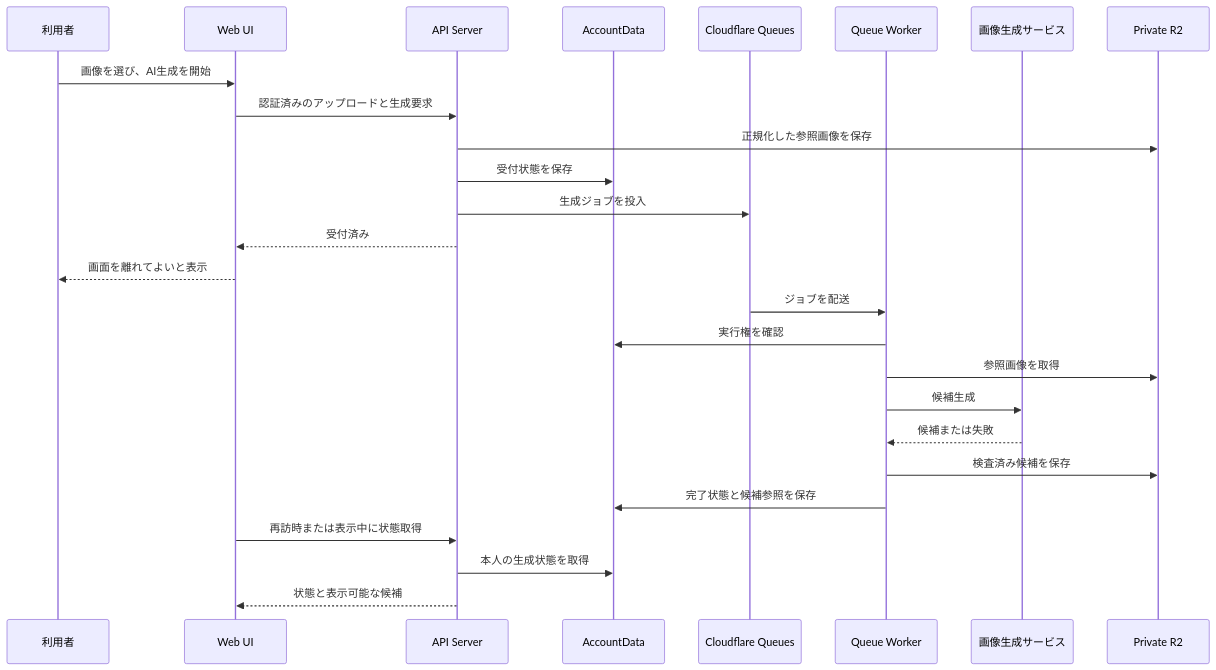
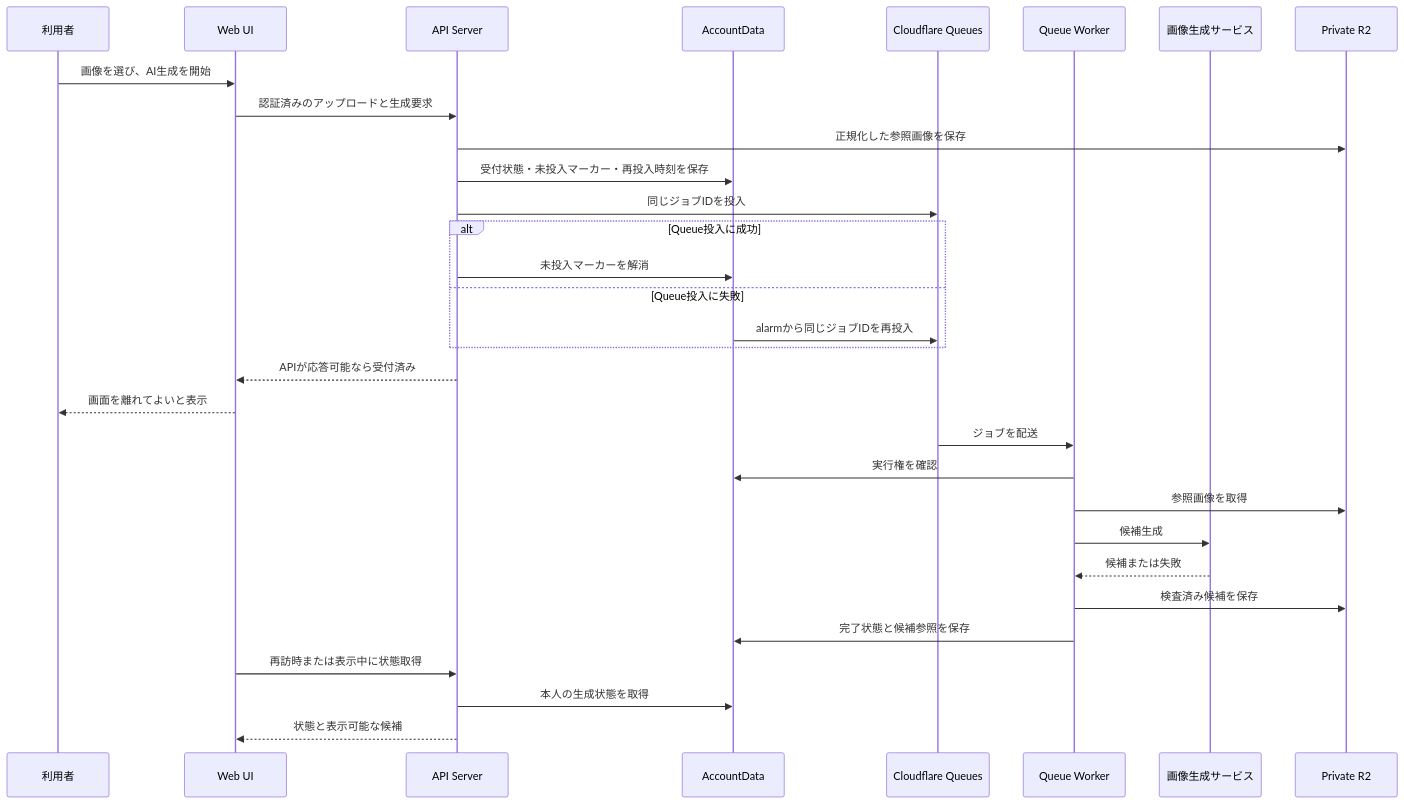
The second of 4 diagrams in docs/product/avatar-experience.md (kkyosuke/me-builder), drawn with Mermaid before and after one commit. The commit also changed other lines of this file, not shown here.

````diff
--- a/docs/product/avatar-experience.md
+++ b/docs/product/avatar-experience.md
@@ -141,29 +141,34 @@
 ```mermaid
 sequenceDiagram
     participant U as 利用者
     participant W as Web UI
     participant A as API Server
     participant D as AccountData
     participant Q as Cloudflare Queues
     participant K as Queue Worker
     participant I as 画像生成サービス
     participant R as Private R2
 
     U->>W: 画像を選び、AI生成を開始
     W->>A: 認証済みのアップロードと生成要求
     A->>R: 正規化した参照画像を保存
-    A->>D: 受付状態を保存
-    A->>Q: 生成ジョブを投入
-    A-->>W: 受付済み
+    A->>D: 受付状態・未投入マーカー・再投入時刻を保存
+    A->>Q: 同じジョブIDを投入
+    alt Queue投入に成功
+        A->>D: 未投入マーカーを解消
+    else Queue投入に失敗
+        D->>Q: alarmから同じジョブIDを再投入
+    end
+    A-->>W: APIが応答可能なら受付済み
     W-->>U: 画面を離れてよいと表示
     Q->>K: ジョブを配送
     K->>D: 実行権を確認
     K->>R: 参照画像を取得
     K->>I: 候補生成
     I-->>K: 候補または失敗
     K->>R: 検査済み候補を保存
     K->>D: 完了状態と候補参照を保存
     W->>A: 再訪時または表示中に状態取得
     A->>D: 本人の生成状態を取得
     A-->>W: 状態と表示可能な候補
 ```
````
